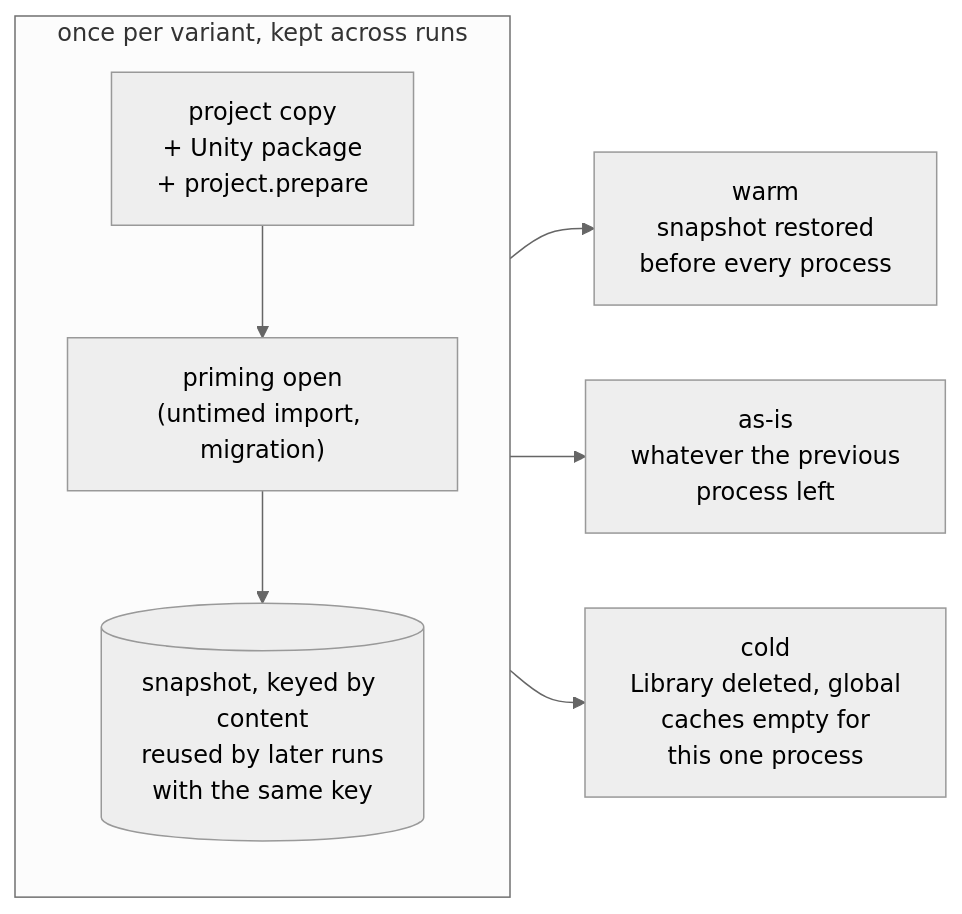
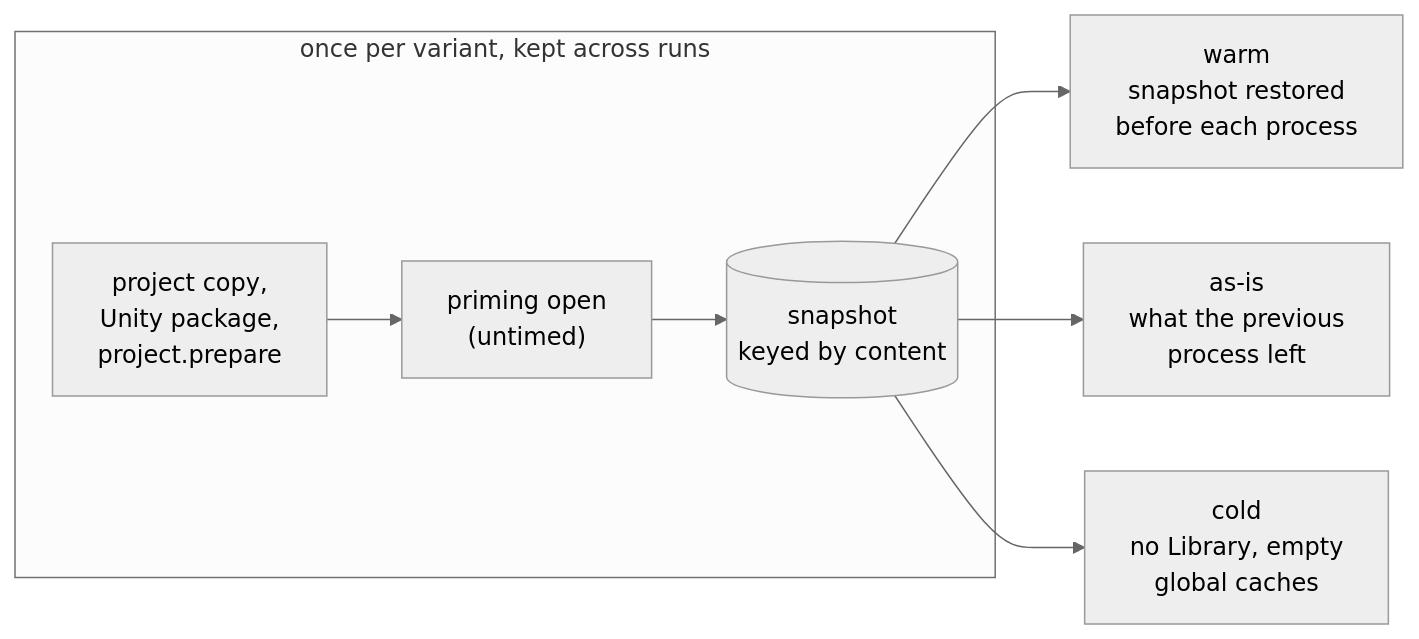
Before and after one commit to tesselworks/unity-bench: the second of 2 diagrams in README.md, drawn with Mermaid (neutral theme). The commit also changed other lines of this file and 1 other file, not shown here.

Commit message:
docs: shorter Mermaid labels so GitHub does not wrap them

````diff
--- a/README.md
+++ b/README.md
@@ -92,11 +92,10 @@
 ```mermaid
 flowchart LR
   subgraph once["once per variant, kept across runs"]
-    direction TB
-    A["project copy<br/>+ Unity package<br/>+ project.prepare"] --> B["priming open<br/>(untimed import, migration)"]
-    B --> S[("snapshot, keyed by content<br/>reused by later runs<br/>with the same key")]
+    A["project copy,<br/>Unity package,<br/>project.prepare"] --> B["priming open<br/>(untimed)"]
+    B --> S[("snapshot<br/>keyed by content")]
   end
-  S --> W["warm<br/>snapshot restored<br/>before every process"]
-  S --> X["as-is<br/>whatever the previous<br/>process left"]
-  S --> C["cold<br/>Library deleted, global<br/>caches empty for<br/>this one process"]
+  S --> W["warm<br/>snapshot restored<br/>before each process"]
+  S --> X["as-is<br/>what the previous<br/>process left"]
+  S --> C["cold<br/>no Library, empty<br/>global caches"]
 ```
````
